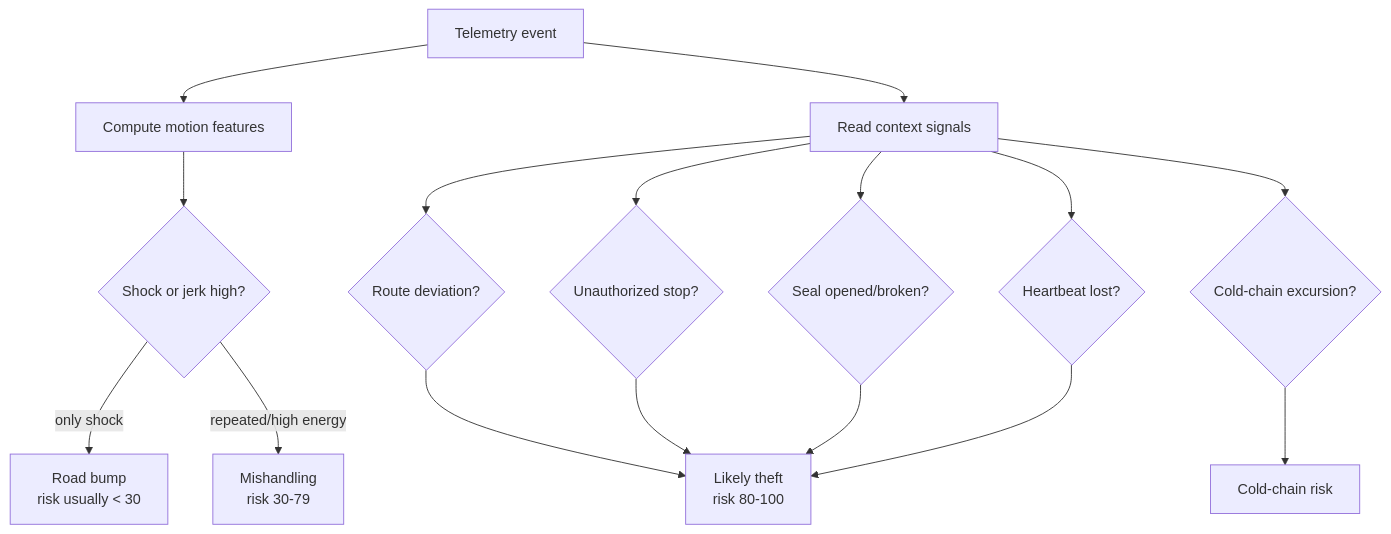
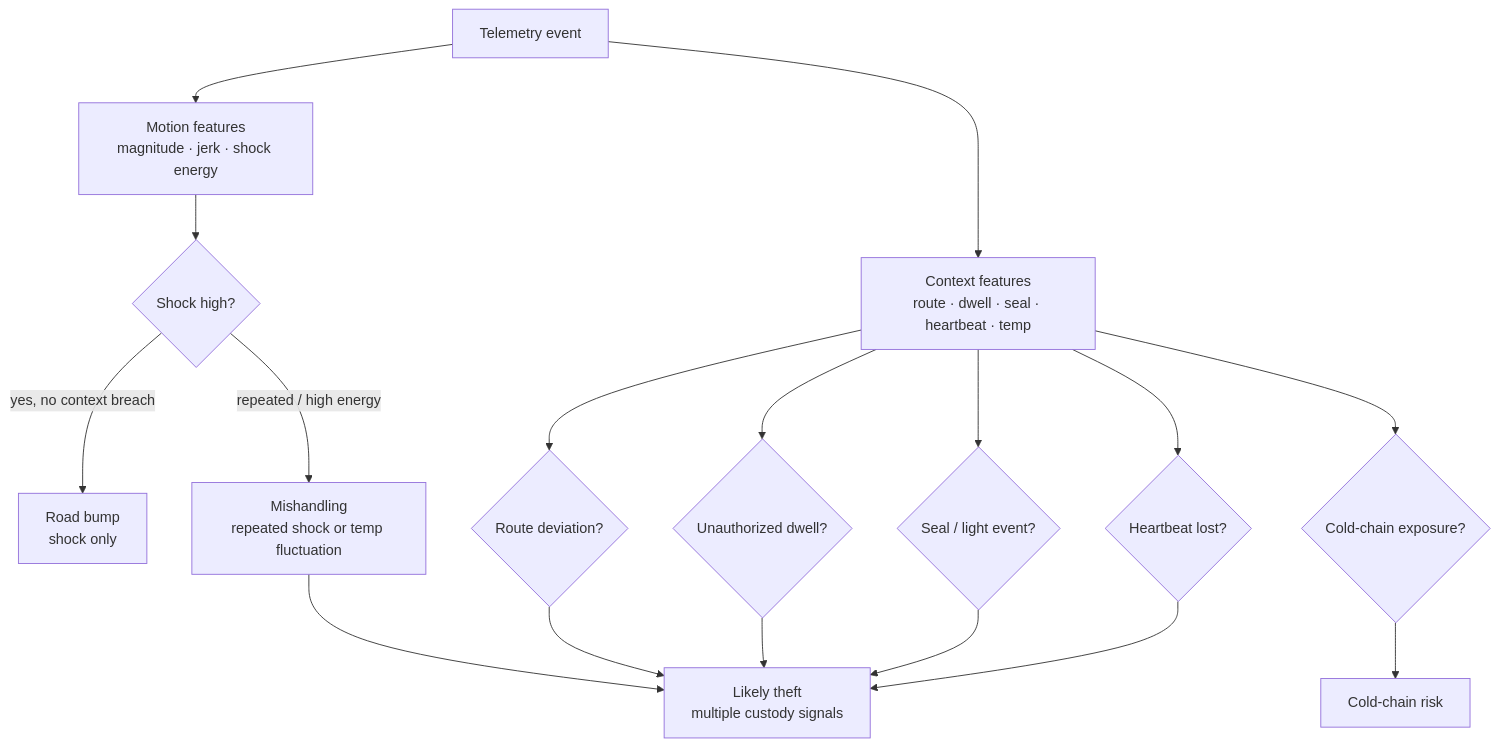
One commit to roshaninfordham/monad-sentinel changed the first of 9 diagrams in docs/algorithms.md. Above: the diagram before and after it, drawn with Mermaid. The commit also changed other lines of this file and 22 other files, not shown here.

Commit message:
docs: refresh architecture docs and screenshots

````diff
--- a/docs/algorithms.md
+++ b/docs/algorithms.md
@@ -9,19 +9,32 @@
 ```mermaid
 flowchart TB
-  T[Telemetry event] --> Motion[Compute motion features]
-  T --> Context[Read context signals]
-  Motion --> Shock{Shock or jerk high?}
-  Context --> Route{Route deviation?}
-  Context --> Stop{Unauthorized stop?}
-  Context --> Seal{Seal opened/broken?}
-  Context --> Cold{Cold-chain excursion?}
-  Context --> Heartbeat{Heartbeat lost?}
+  Event[Telemetry event]
+  Motion[Motion features<br/>magnitude · jerk · shock energy]
+  Context[Context features<br/>route · dwell · seal · heartbeat · temp]
+  Shock{Shock high?}
+  Route{Route deviation?}
+  Dwell{Unauthorized dwell?}
+  Seal{Seal / light event?}
+  Silence{Heartbeat lost?}
+  Temp{Cold-chain exposure?}
+  Bump[Road bump<br/>shock only]
+  Handling[Mishandling<br/>repeated shock or temp fluctuation]
+  Theft[Likely theft<br/>multiple custody signals]
+  Cold[Cold-chain risk]
 
-  Shock -->|only shock| Bump[Road bump<br/>risk usually < 30]
-  Shock -->|repeated/high energy| Handling[Mishandling<br/>risk 30-79]
-  Route --> Theft[Likely theft<br/>risk 80-100]
-  Stop --> Theft
+  Event --> Motion --> Shock
+  Event --> Context
+  Context --> Route
+  Context --> Dwell
+  Context --> Seal
+  Context --> Silence
+  Context --> Temp
+  Shock -->|yes, no context breach| Bump
+  Shock -->|repeated / high energy| Handling
+  Route --> Theft
+  Dwell --> Theft
   Seal --> Theft
-  Heartbeat --> Theft
-  Cold --> ColdChain[Cold-chain risk]
+  Silence --> Theft
+  Temp --> Cold
+  Handling --> Theft
 ```
````
